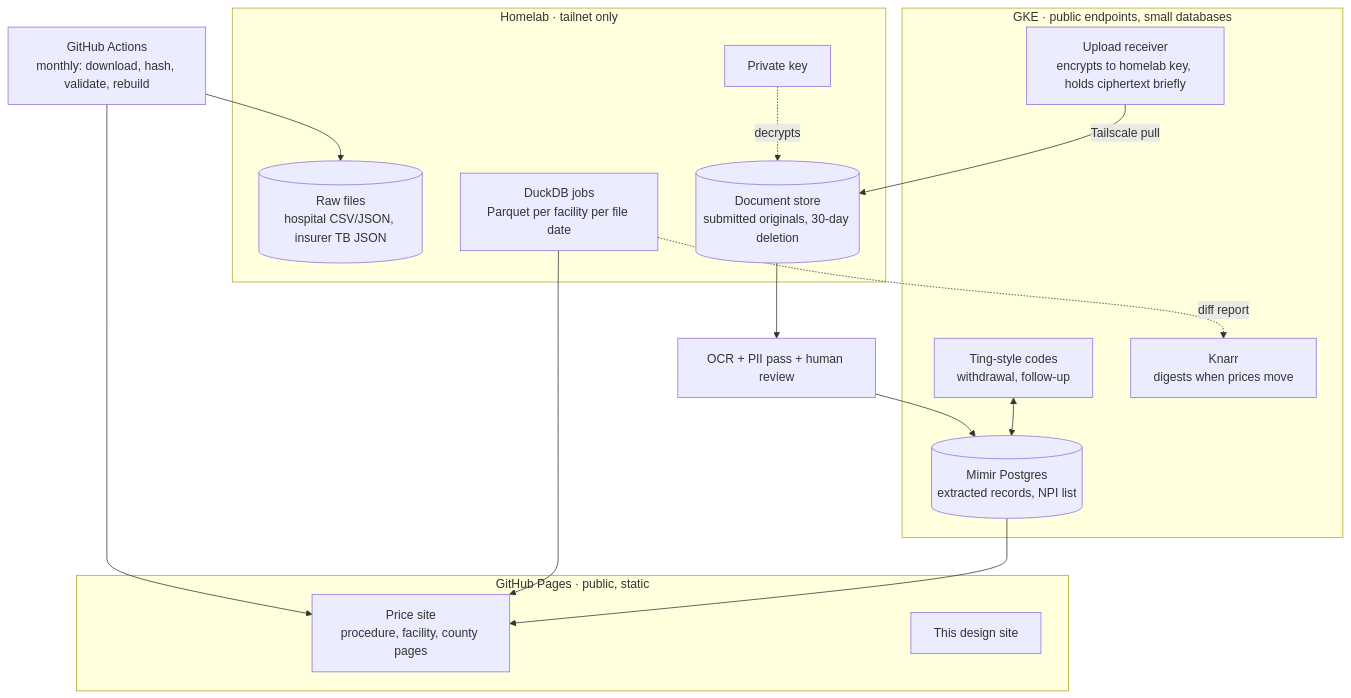
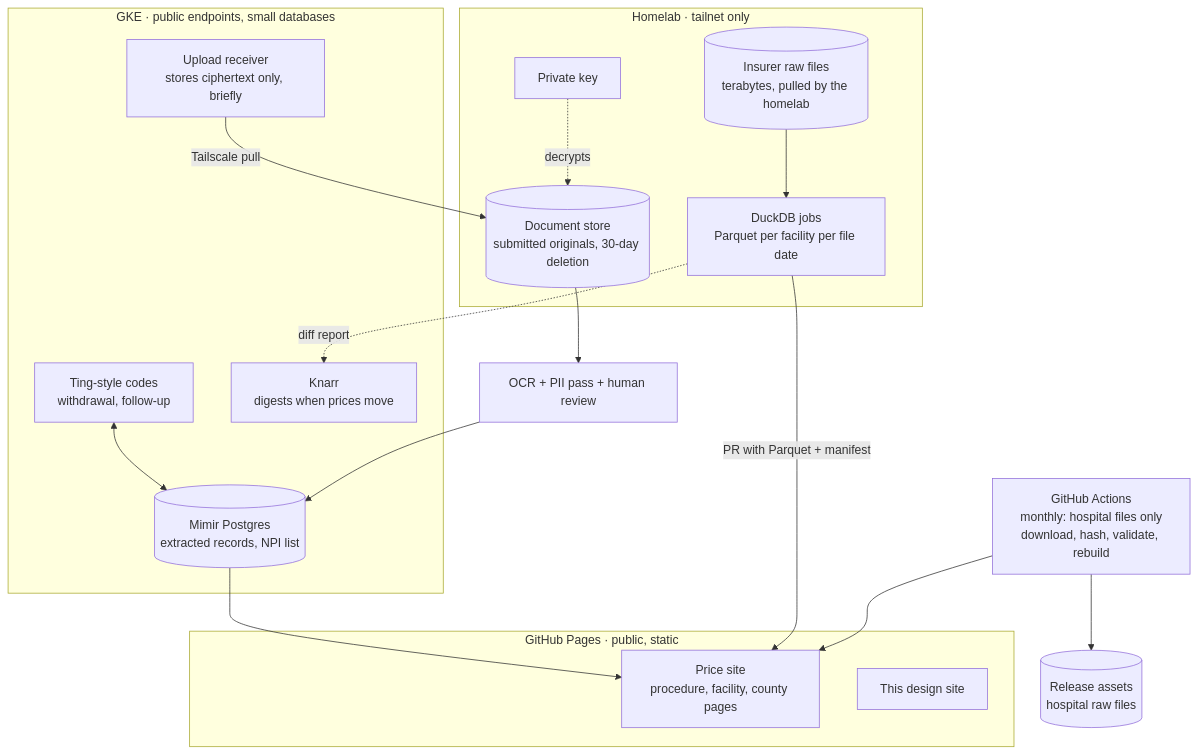
One commit to SiliconSaga/costs changed the diagram in docs/architecture/overview.md. Above: the diagram before and after it, drawn with Mermaid. The commit also changed other lines of this file and 16 other files, not shown here.

First line of the commit message:
docs: tighten the privacy claims and the data-flow story after review

````diff
--- a/docs/architecture/overview.md
+++ b/docs/architecture/overview.md
@@ -5,28 +5,29 @@
 ```mermaid
 flowchart TB
     subgraph pages[GitHub Pages · public, static]
         site[Price site<br/>procedure, facility, county pages]
         docs[This design site]
     end
     subgraph gke[GKE · public endpoints, small databases]
         ting[Ting-style codes<br/>withdrawal, follow-up]
-        recv[Upload receiver<br/>encrypts to homelab key, holds ciphertext briefly]
+        recv[Upload receiver<br/>stores ciphertext only, briefly]
         knarr[Knarr<br/>digests when prices move]
         db[(Mimir Postgres<br/>extracted records, NPI list)]
     end
     subgraph home[Homelab · tailnet only]
-        raw[(Raw files<br/>hospital CSV/JSON, insurer TB JSON)]
+        hraw[(Insurer raw files<br/>terabytes, pulled by the homelab)]
         duck[DuckDB jobs<br/>Parquet per facility per file date]
         store[(Document store<br/>submitted originals, 30-day deletion)]
         key[Private key]
     end
-    gha[GitHub Actions<br/>monthly: download, hash, validate, rebuild] --> site
-    gha --> raw
-    duck --> site
+    gha[GitHub Actions<br/>monthly: hospital files only<br/>download, hash, validate, rebuild] --> site
+    gha --> rel[(Release assets<br/>hospital raw files)]
+    hraw --> duck
+    duck -- PR with Parquet + manifest --> site
     recv -- Tailscale pull --> store
     key -. decrypts .-> store
     store --> ocr[OCR + PII pass + human review] --> db
     db --> site
     duck -. diff report .-> knarr
     ting <--> db
 ```
````
